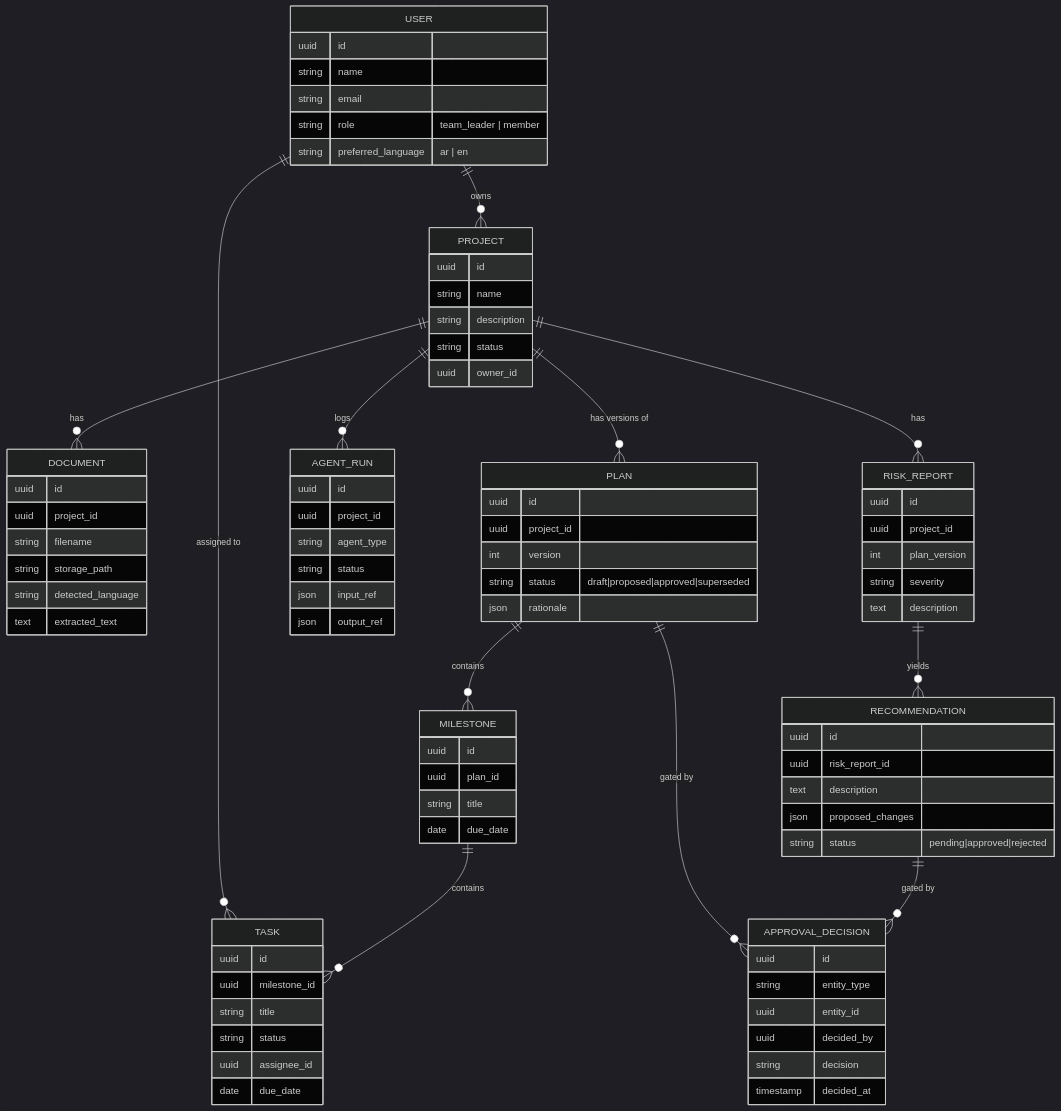
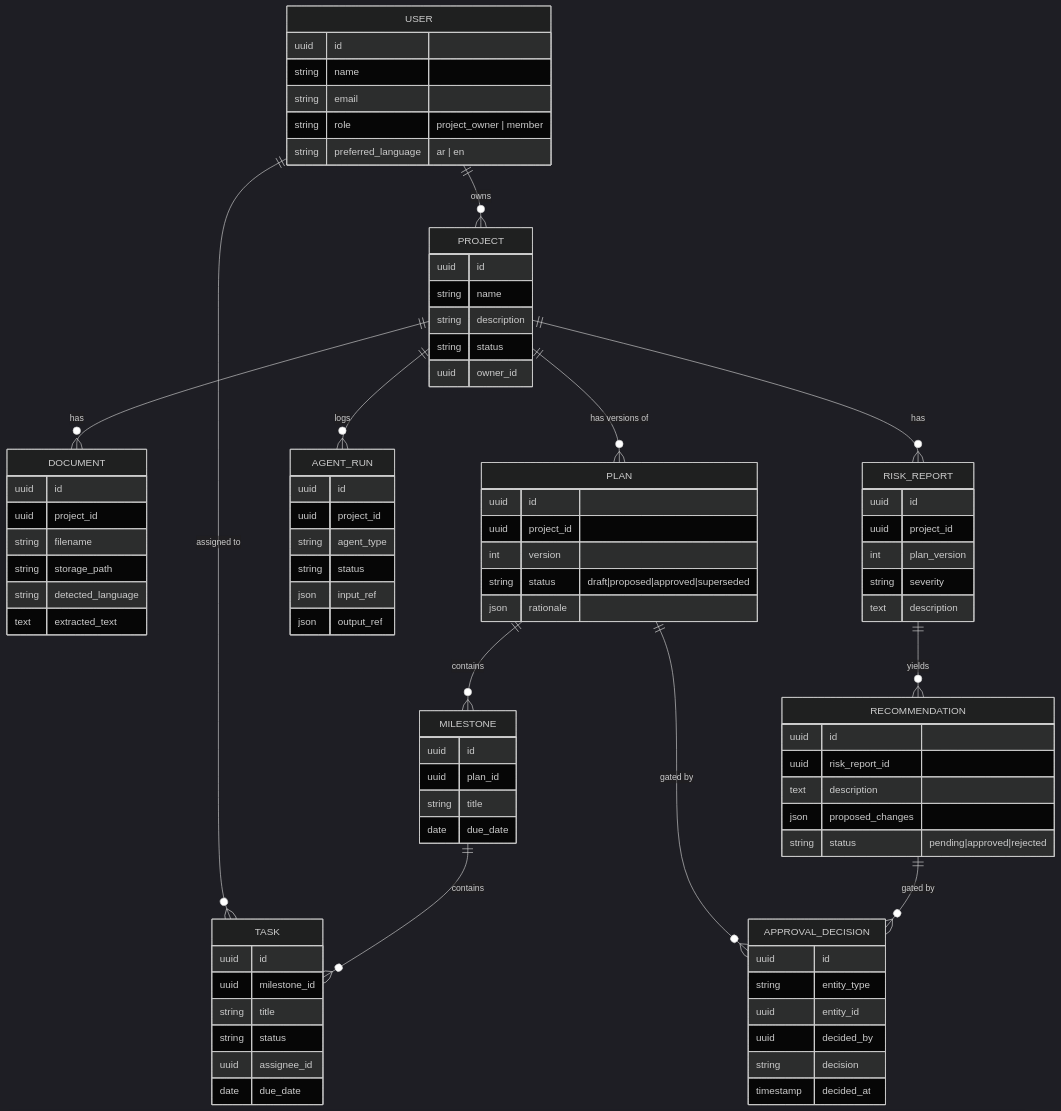
One commit to alotaibiaseel22-ops/CapstonePilot changed the fourth of 4 diagrams in docs/architecture.md. Above: the diagram before and after it, drawn with Mermaid (dark theme). The commit also changed other lines of this file and 1 other file, not shown here.

First line of the commit message:
Rename team_leader role to project_owner throughout

```diff
--- a/docs/architecture.md
+++ b/docs/architecture.md
@@ -165,7 +165,7 @@
         uuid id
         string name
         string email
-        string role "team_leader | member"
+        string role "project_owner | member"
         string preferred_language "ar | en"
     }
     PROJECT {
```
